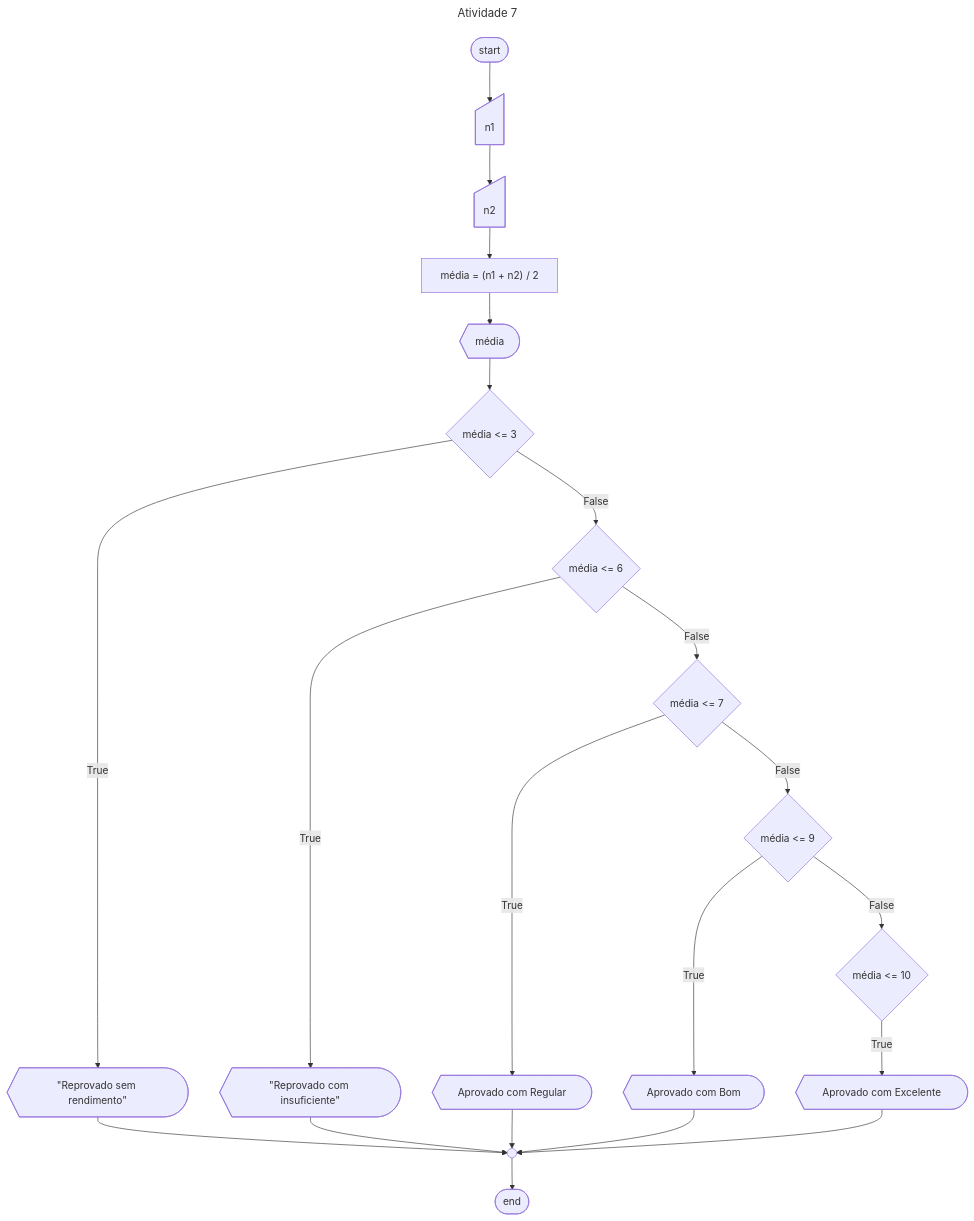
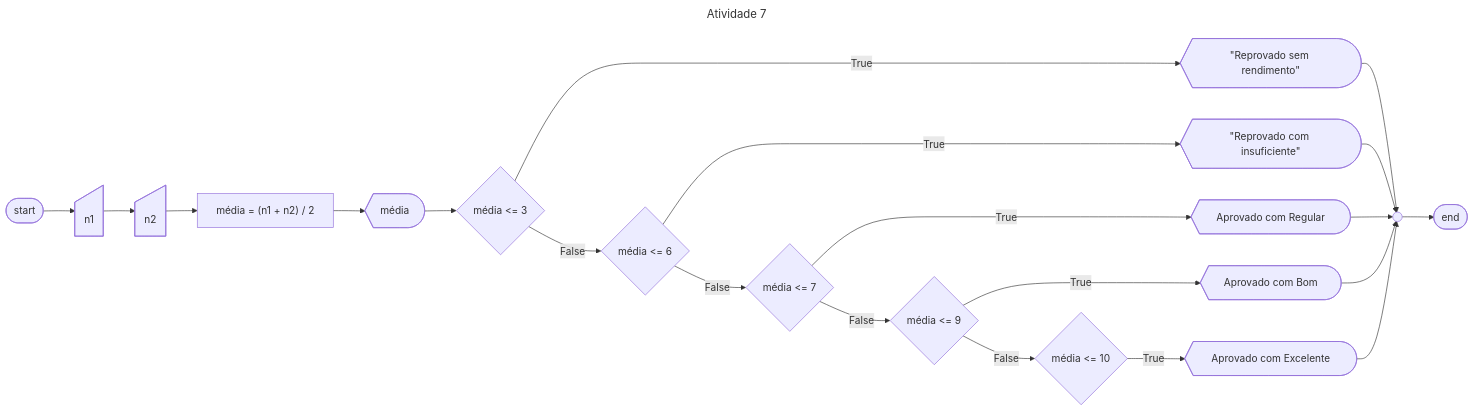
Before and after one commit to kf-martins-uel/algoritmos-atividade1: the first of 7 diagrams in Parte-2/README.md, drawn with Mermaid. The commit also changed other lines of this file and 2 other files, not shown here.

````diff
--- a/Parte-2/README.md
+++ b/Parte-2/README.md
@@ -63,25 +63,25 @@
 ```mermaid
 ---
 title: Atividade 7
 ---
-flowchart TB
+flowchart LR
     start([start]) --> n1@{shape: manual-input} --> n2@{shape: manual-input}
     n2 --> media["média = (n1 + n2) / 2"]
     media --> média@{shape: display} --> if1{"`média <= 3`"}
     if1 -->|True| r@{shape: display, label: "\"Reprovado sem rendimento\""}
     if1 -->|False| if2{"média <= 6"}
     if2 -->|True| r2@{shape: display, label: "\"Reprovado com insuficiente\""}
     if2 -->|False| if3{"média <= 7"}
     if3 -->|True| a@{shape: display, label: "Aprovado com Regular"}
     if3 -->|False| if4{"média <= 9"}
     if4 -->|True| a2@{shape: display, label: "Aprovado com Bom"}
     if4 -->|False| if5{"média <= 10"}
     if5 -->|True| a3@{shape: display, label: "Aprovado com Excelente"}
 
     r --> c
     r2 --> c
     a --> c
     a2 --> c
     a3 --> c
     c@{shape: circle, label: " "} --> final([end])
 ```
````
